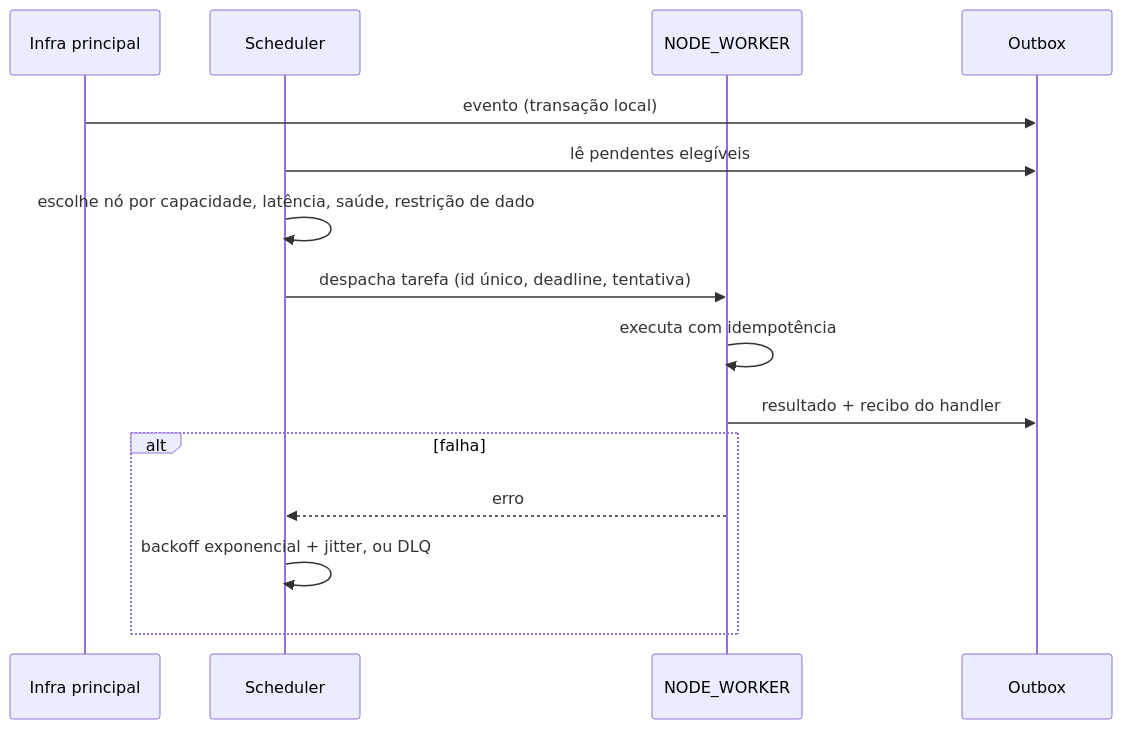
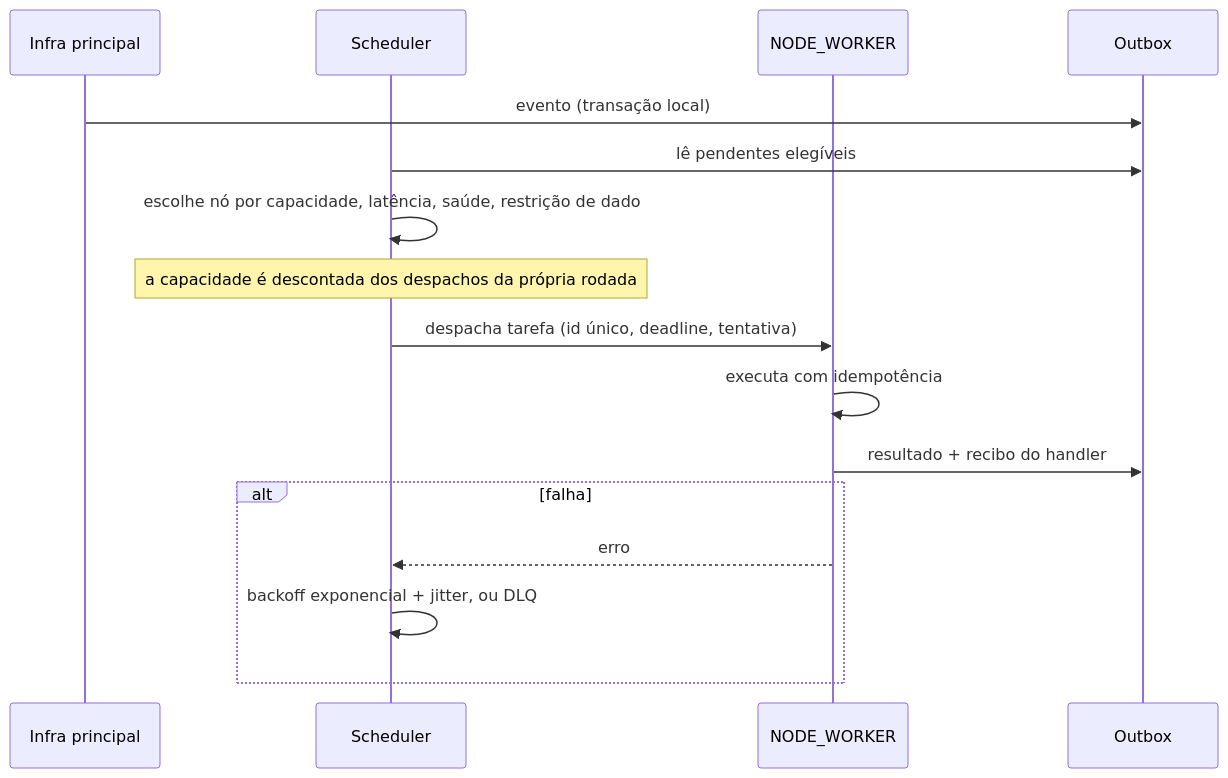
One commit to Rede-ENois/enois-backend changed the third of 3 diagrams in docs/rede-distribuida/01-arquitetura.md. Above: the diagram before and after it, drawn with Mermaid. The commit also changed 4 other files, not shown here.

````diff
--- a/docs/rede-distribuida/01-arquitetura.md
+++ b/docs/rede-distribuida/01-arquitetura.md
@@ -114,18 +114,19 @@
 ```mermaid
 sequenceDiagram
   participant CORE as Infra principal
   participant S as Scheduler
   participant W as NODE_WORKER
   participant O as Outbox
 
   CORE->>O: evento (transação local)
   S->>O: lê pendentes elegíveis
   S->>S: escolhe nó por capacidade, latência, saúde, restrição de dado
+  Note over S: a capacidade é descontada dos despachos da própria rodada
   S->>W: despacha tarefa (id único, deadline, tentativa)
   W->>W: executa com idempotência
   W->>O: resultado + recibo do handler
   alt falha
     W-->>S: erro
     S->>S: backoff exponencial + jitter, ou DLQ
   end
 ```
````
